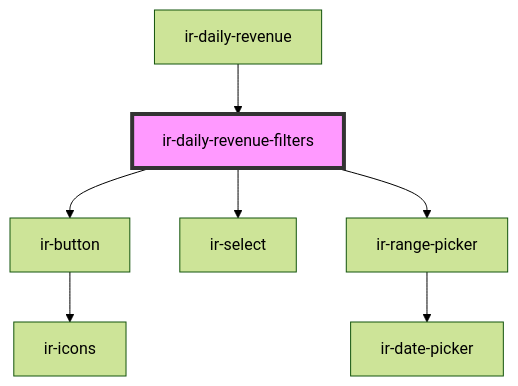
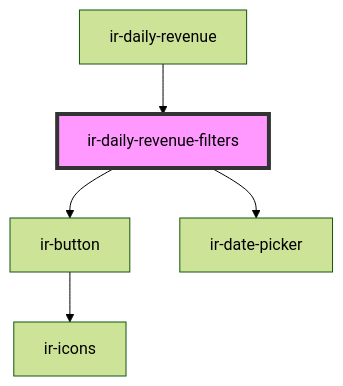
The diagram in src/components/ir-daily-revenue/ir-daily-revenue-filters/readme.md (RonyRizk/ir-webcmp), drawn with Mermaid (forest theme) before and after one commit. The commit also changed other lines of this file and 35 other files, not shown here.

````diff
--- a/src/components/ir-daily-revenue/ir-daily-revenue-filters/readme.md
+++ b/src/components/ir-daily-revenue/ir-daily-revenue-filters/readme.md
@@ -36,10 +35,8 @@
 ```mermaid
 graph TD;
   ir-daily-revenue-filters --> ir-button
-  ir-daily-revenue-filters --> ir-select
-  ir-daily-revenue-filters --> ir-range-picker
+  ir-daily-revenue-filters --> ir-date-picker
   ir-button --> ir-icons
-  ir-range-picker --> ir-date-picker
   ir-daily-revenue --> ir-daily-revenue-filters
   style ir-daily-revenue-filters fill:#f9f,stroke:#333,stroke-width:4px
 ```
````
